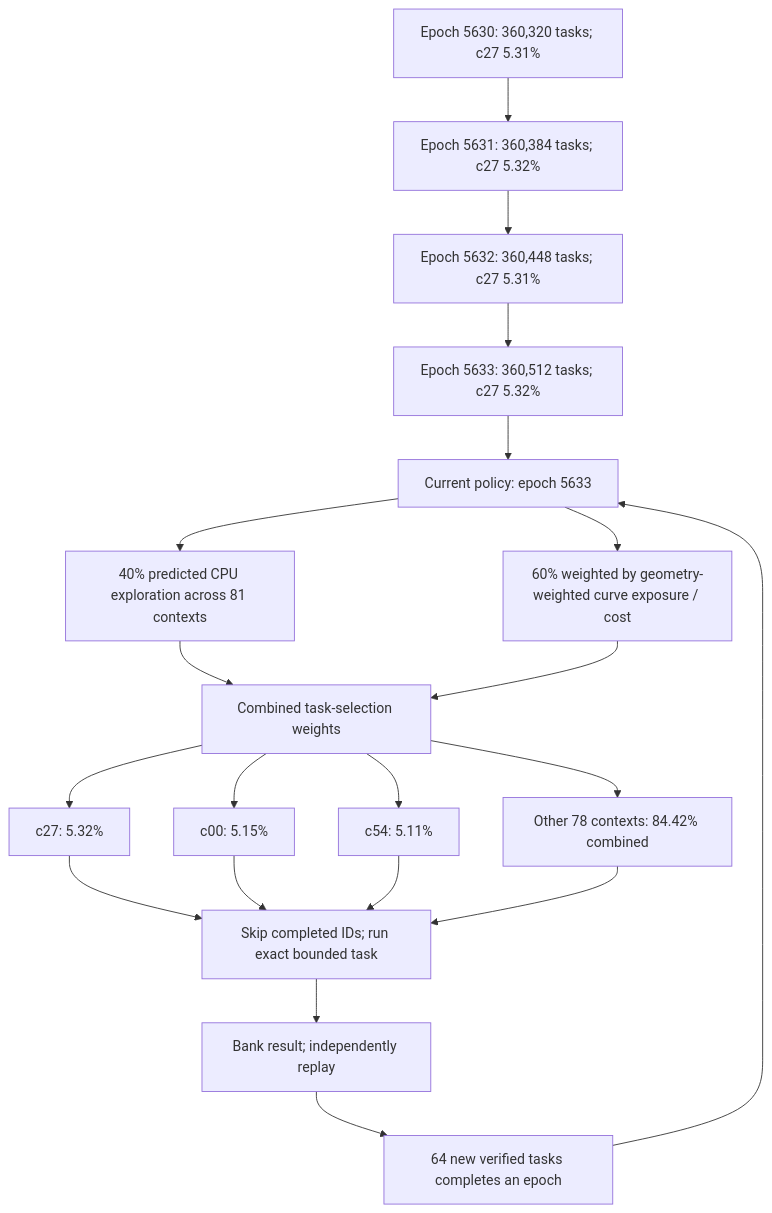
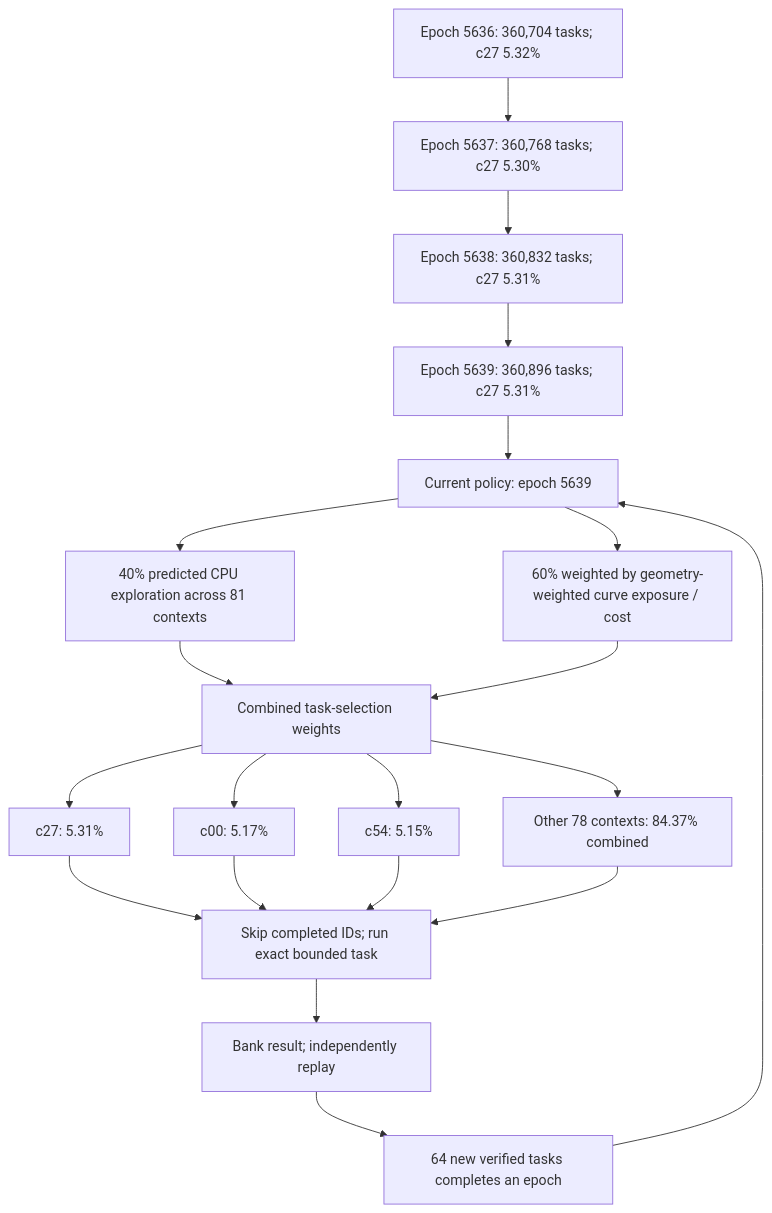
One commit to Kuberwastaken/math-gambling changed the first of 3 diagrams in README.md. Above: the diagram before and after it, drawn with Mermaid. The commit also changed other lines of this file and 1375 other files, not shown here.

````diff
--- a/README.md
+++ b/README.md
@@ -60,27 +60,27 @@
 ```mermaid
 flowchart TD
-    H0["Epoch 5630: 360,320 tasks; c27 5.31%"]
-    H1["Epoch 5631: 360,384 tasks; c27 5.32%"]
+    H0["Epoch 5636: 360,704 tasks; c27 5.32%"]
+    H1["Epoch 5637: 360,768 tasks; c27 5.30%"]
     H0 --> H1
-    H2["Epoch 5632: 360,448 tasks; c27 5.31%"]
+    H2["Epoch 5638: 360,832 tasks; c27 5.31%"]
     H1 --> H2
-    H3["Epoch 5633: 360,512 tasks; c27 5.32%"]
+    H3["Epoch 5639: 360,896 tasks; c27 5.31%"]
     H2 --> H3
-    Policy["Current policy: epoch 5633"]
+    Policy["Current policy: epoch 5639"]
     H3 --> Policy
     Policy --> Explore["40% predicted CPU exploration across 81 contexts"]
     Policy --> Cost["60% weighted by geometry-weighted curve exposure / cost"]
     Explore --> Mix["Combined task-selection weights"]
     Cost --> Mix
-    Mix --> C0["c27: 5.32%"]
-    Mix --> C1["c00: 5.15%"]
-    Mix --> C2["c54: 5.11%"]
-    Mix --> Rest["Other 78 contexts: 84.42% combined"]
+    Mix --> C0["c27: 5.31%"]
+    Mix --> C1["c00: 5.17%"]
+    Mix --> C2["c54: 5.15%"]
+    Mix --> Rest["Other 78 contexts: 84.37% combined"]
     C0 --> Check["Skip completed IDs; run exact bounded task"]
     C1 --> Check
     C2 --> Check
     Rest --> Check
     Check --> Replay["Bank result; independently replay"]
     Replay --> Gate["64 new verified tasks completes an epoch"]
     Gate --> Policy
 ```
````
